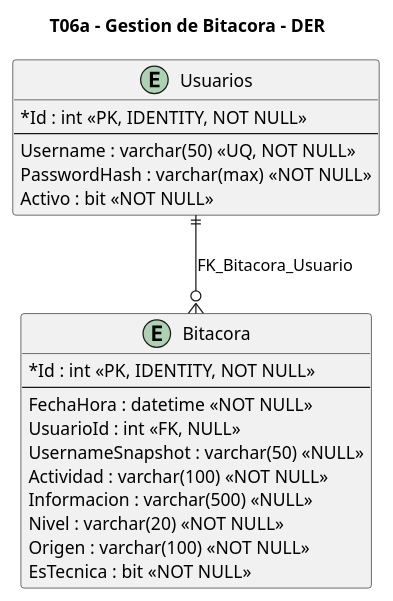
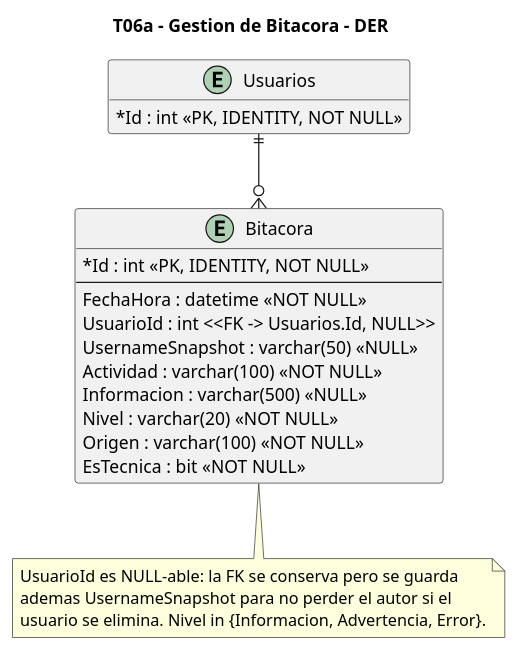
Before and after one commit to aggutierrez98/TP-TD: the diagram in diagramas/T06a-bitacora/T06a-bitacora-datos.puml, drawn with PlantUML. The commit also changed 56 other files, not shown here.

Commit message:
Agregar diagramas

```diff
--- a/diagramas/T06a-bitacora/T06a-bitacora-datos.puml
+++ b/diagramas/T06a-bitacora/T06a-bitacora-datos.puml
@@ -1,31 +1,35 @@
 @startuml
 title T06a - Gestion de Bitacora - DER
 
 hide methods
 hide stereotypes
+skinparam backgroundColor white
 skinparam classAttributeIconSize 0
-
-entity "Usuarios" as Usuarios {
-  *Id : int <<PK, IDENTITY, NOT NULL>>
-  --
-  Username : varchar(50) <<UQ, NOT NULL>>
-  PasswordHash : varchar(max) <<NOT NULL>>
-  Activo : bit <<NOT NULL>>
-}
+skinparam shadowing false
 
 entity "Bitacora" as Bitacora {
   *Id : int <<PK, IDENTITY, NOT NULL>>
   --
   FechaHora : datetime <<NOT NULL>>
-  UsuarioId : int <<FK, NULL>>
+  UsuarioId : int <<FK -> Usuarios.Id, NULL>>
   UsernameSnapshot : varchar(50) <<NULL>>
   Actividad : varchar(100) <<NOT NULL>>
   Informacion : varchar(500) <<NULL>>
   Nivel : varchar(20) <<NOT NULL>>
   Origen : varchar(100) <<NOT NULL>>
   EsTecnica : bit <<NOT NULL>>
 }
 
-Usuarios ||--o{ Bitacora : FK_Bitacora_Usuario
+entity "Usuarios" as Usuarios {
+  *Id : int <<PK, IDENTITY, NOT NULL>>
+}
+
+Usuarios ||--o{ Bitacora
+
+note bottom of Bitacora
+  UsuarioId es NULL-able: la FK se conserva pero se guarda
+  ademas UsernameSnapshot para no perder el autor si el
+  usuario se elimina. Nivel in {Informacion, Advertencia, Error}.
+end note
 
 @enduml
```
